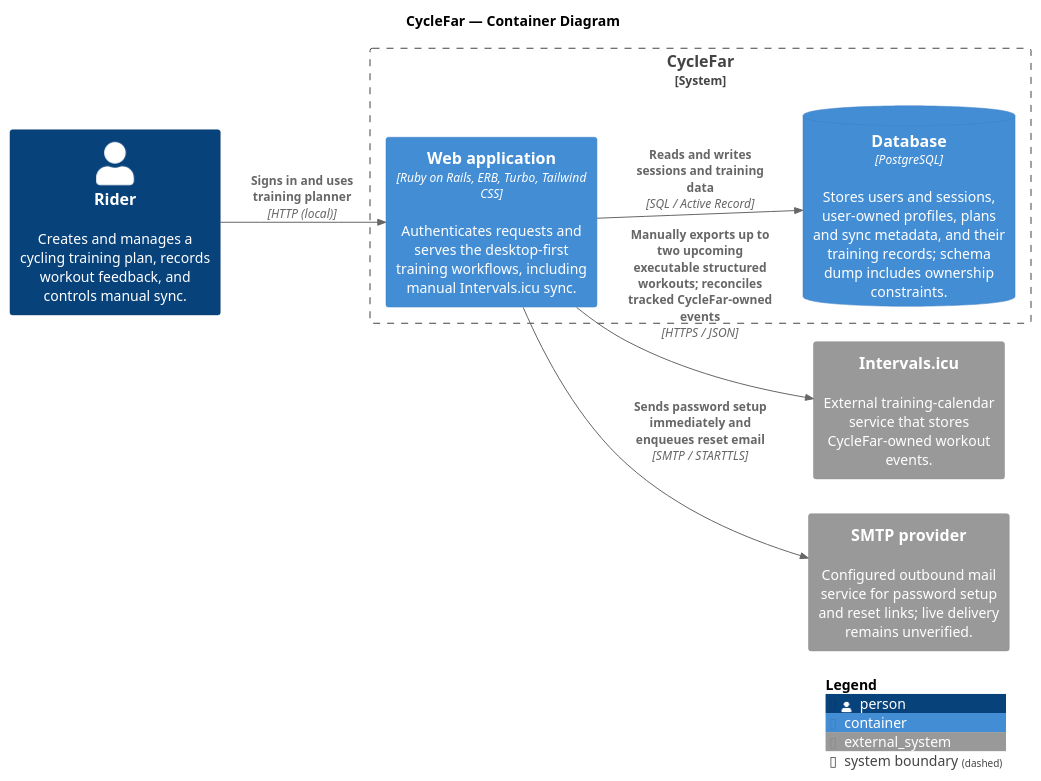
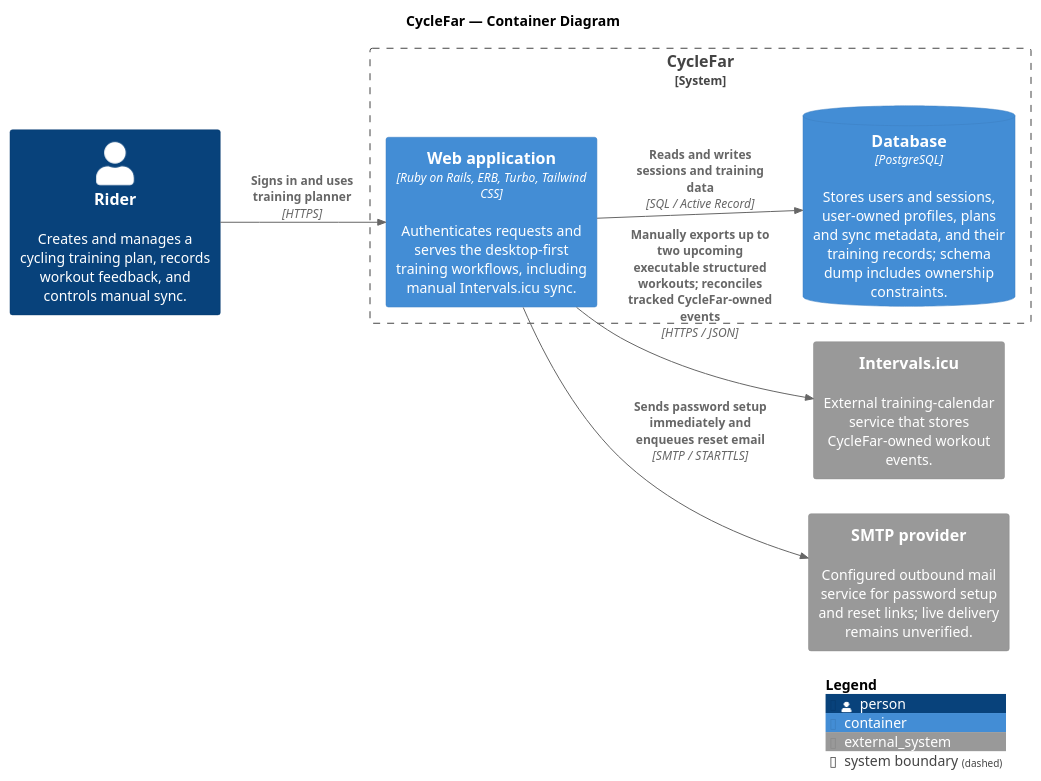
The diagram in docs/diagrams/cyclefar-container.puml (richardhartme/cyclefar), drawn with PlantUML before and after one commit. The commit also changed 9 other files, not shown here.

```diff
--- a/docs/diagrams/cyclefar-container.puml
+++ b/docs/diagrams/cyclefar-container.puml
@@ -1,25 +1,25 @@
 @startuml CycleFar Container Diagram
 ' Scope and limitations: README.md
 !include https://raw.githubusercontent.com/plantuml-stdlib/C4-PlantUML/master/C4_Container.puml
 
 title CycleFar — Container Diagram
 
 LAYOUT_LEFT_RIGHT()
 
 Person(rider, "Rider", "Creates and manages a cycling training plan, records workout feedback, and controls manual sync.")
 
 System_Boundary(cyclefar_boundary, "CycleFar") {
   Container(web_application, "Web application", "Ruby on Rails, ERB, Turbo, Tailwind CSS", "Authenticates requests and serves the desktop-first training workflows, including manual Intervals.icu sync.")
   ContainerDb(database, "Database", "PostgreSQL", "Stores users and sessions, user-owned profiles, plans and sync metadata, and their training records; schema dump includes ownership constraints.")
 }
 
 System_Ext(intervals_icu, "Intervals.icu", "External training-calendar service that stores CycleFar-owned workout events.")
 System_Ext(smtp, "SMTP provider", "Configured outbound mail service for password setup and reset links; live delivery remains unverified.")
 
-Rel(rider, web_application, "Signs in and uses training planner", "HTTP (local)")
+Rel(rider, web_application, "Signs in and uses training planner", "HTTPS")
 Rel(web_application, database, "Reads and writes sessions and training data", "SQL / Active Record")
 Rel(web_application, intervals_icu, "Manually exports up to two upcoming executable structured workouts; reconciles tracked CycleFar-owned events", "HTTPS / JSON")
 Rel(web_application, smtp, "Sends password setup immediately and enqueues reset email", "SMTP / STARTTLS")
 
 SHOW_LEGEND()
 @enduml
```
